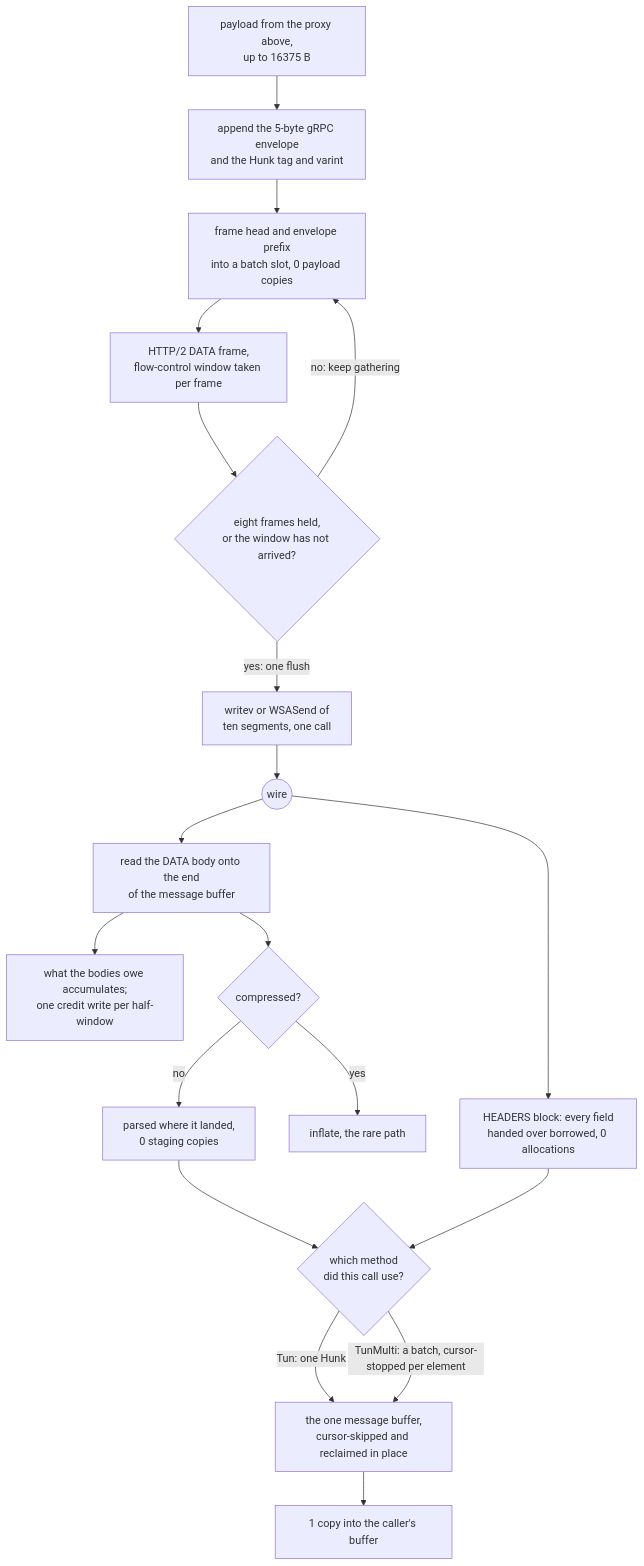
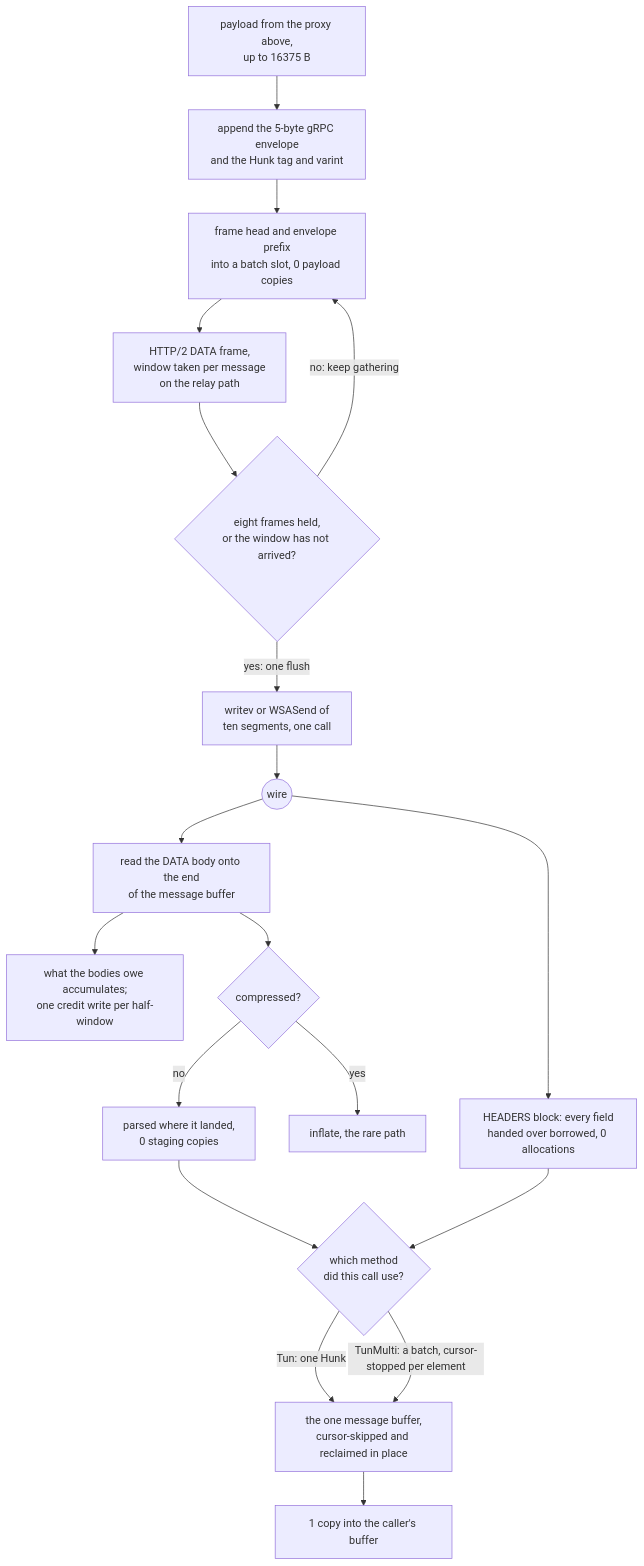
One commit to Ferrocite/ferrox changed the diagram in docs/function/carrier-grpc.md. Above: the diagram before and after it, drawn with Mermaid. The commit also changed other lines of this file and 2 other files, not shown here.

Commit message:
relay: a paced carrier write parks the lane, not the worker (#702)

````diff
--- a/docs/function/carrier-grpc.md
+++ b/docs/function/carrier-grpc.md
@@ -15,21 +17,21 @@
 ```mermaid
 graph TD
     A["payload from the proxy above,<br/>up to 16375 B"] --> B["append the 5-byte gRPC envelope<br/>and the Hunk tag and varint"]
     B --> C["frame head and envelope prefix<br/>into a batch slot, 0 payload copies"]
-    C --> D["HTTP/2 DATA frame,<br/>flow-control window taken per frame"]
+    C --> D["HTTP/2 DATA frame,<br/>window taken per message<br/>on the relay path"]
     D --> P{"eight frames held,<br/>or the window has not arrived?"}
     P -- "no: keep gathering" --> C
     P -- "yes: one flush" --> Q["writev or WSASend of<br/>ten segments, one call"]
     Q --> E(("wire"))
     E --> F["read the DATA body onto the end<br/>of the message buffer"]
     E --> L["HEADERS block: every field<br/>handed over borrowed, 0 allocations"]
     F --> N["what the bodies owe accumulates;<br/>one credit write per half-window"]
     F --> G{"compressed?"}
     G -- no --> H["parsed where it landed,<br/>0 staging copies"]
     G -- yes --> I["inflate, the rare path"]
     H --> M{"which method<br/>did this call use?"}
     L --> M
     M -- "Tun: one Hunk" --> J
     M -- "TunMulti: a batch, cursor-stopped per element" --> J["the one message buffer,<br/>cursor-skipped and reclaimed in place"]
     J --> K["1 copy into the caller's buffer"]
 ```
````
